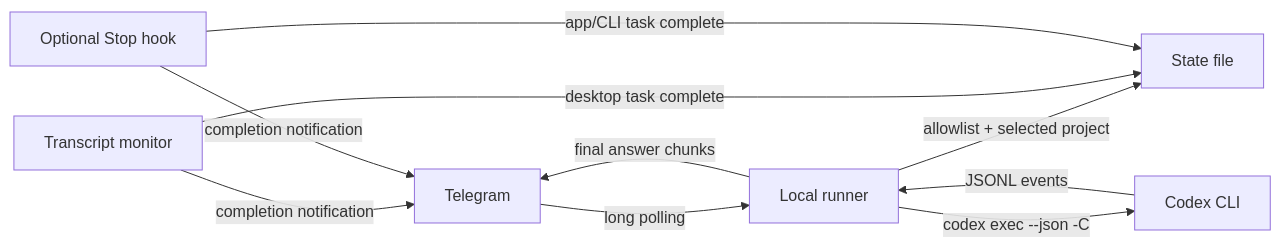
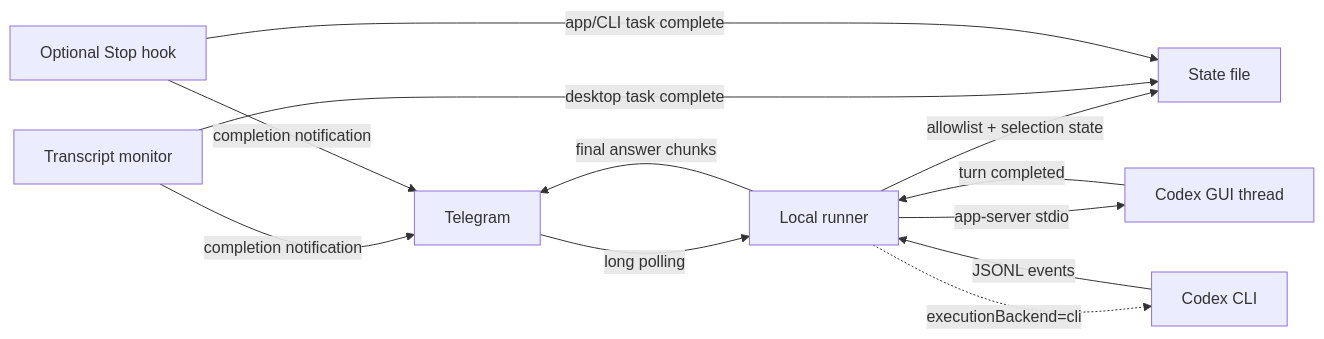
Before and after one commit to davemessew/codex-telegram-remote: the diagram in README.md, drawn with Mermaid. The commit also changed other lines of this file and 21 other files, not shown here.

````diff
--- a/README.md
+++ b/README.md
@@ -206,12 +231,14 @@
 ```mermaid
 flowchart LR
   T["Telegram"] -->|"long polling"| R["Local runner"]
-  R -->|"allowlist + selected project"| S["State file"]
-  R -->|"codex exec --json -C <project>"| C["Codex CLI"]
+  R -->|"allowlist + selection state"| S["State file"]
+  R -->|"app-server stdio"| A["Codex GUI thread"]
+  R -. "executionBackend=cli" .-> C["Codex CLI"]
   C -->|"JSONL events"| R
+  A -->|"turn completed"| R
   R -->|"final answer chunks"| T
   M["Transcript monitor"] -->|"desktop task complete"| S
   M -->|"completion notification"| T
   H["Optional Stop hook"] -->|"app/CLI task complete"| S
   H -->|"completion notification"| T
 ```
````
